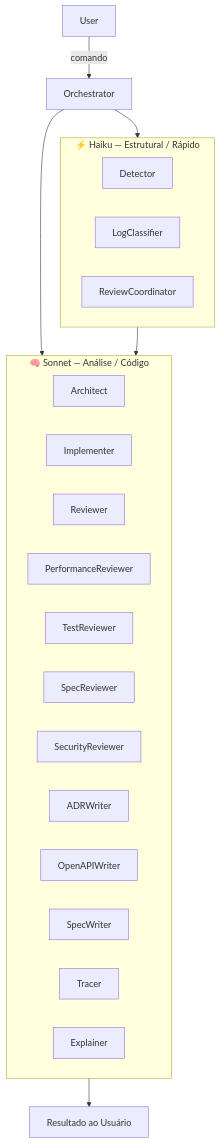
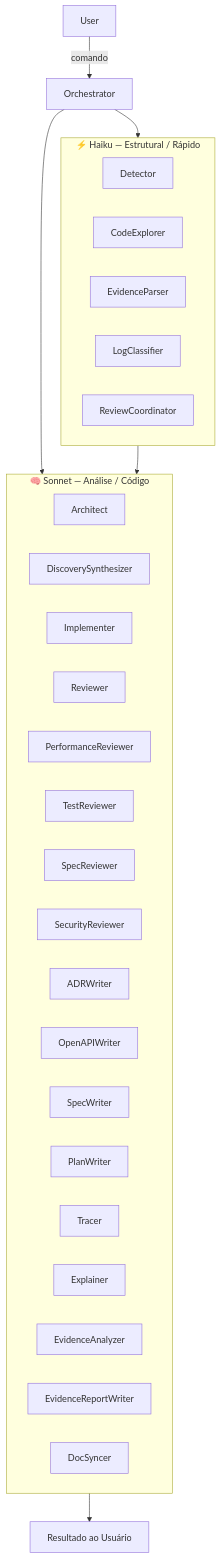
Before and after one commit to Leock9/engineer-workflow-claude: the first of 2 diagrams in README.md, drawn with Mermaid. The commit also changed other lines of this file and 1 other file, not shown here.

````diff
--- a/README.md
+++ b/README.md
@@ -24,29 +24,36 @@
 ```mermaid
 graph TD
     subgraph Haiku["⚡ Haiku — Estrutural / Rápido"]
         D[Detector]
+        CE[CodeExplorer]
+        EP[EvidenceParser]
         LC[LogClassifier]
         RC[ReviewCoordinator]
     end
 
     subgraph Sonnet["🧠 Sonnet — Análise / Código"]
         A[Architect]
+        DS[DiscoverySynthesizer]
         I[Implementer]
         RV[Reviewer]
         PR[PerformanceReviewer]
         TR[TestReviewer]
         SR[SpecReviewer]
         SecR[SecurityReviewer]
         AW[ADRWriter]
         OW[OpenAPIWriter]
         SW[SpecWriter]
+        PW[PlanWriter]
         T[Tracer]
         E[Explainer]
+        EA[EvidenceAnalyzer]
+        ERW[EvidenceReportWriter]
+        DocS[DocSyncer]
     end
 
     User -->|comando| Orchestrator
     Orchestrator --> Haiku
     Orchestrator --> Sonnet
     Haiku --> Sonnet
     Sonnet --> Output[Resultado ao Usuário]
 ```
````
